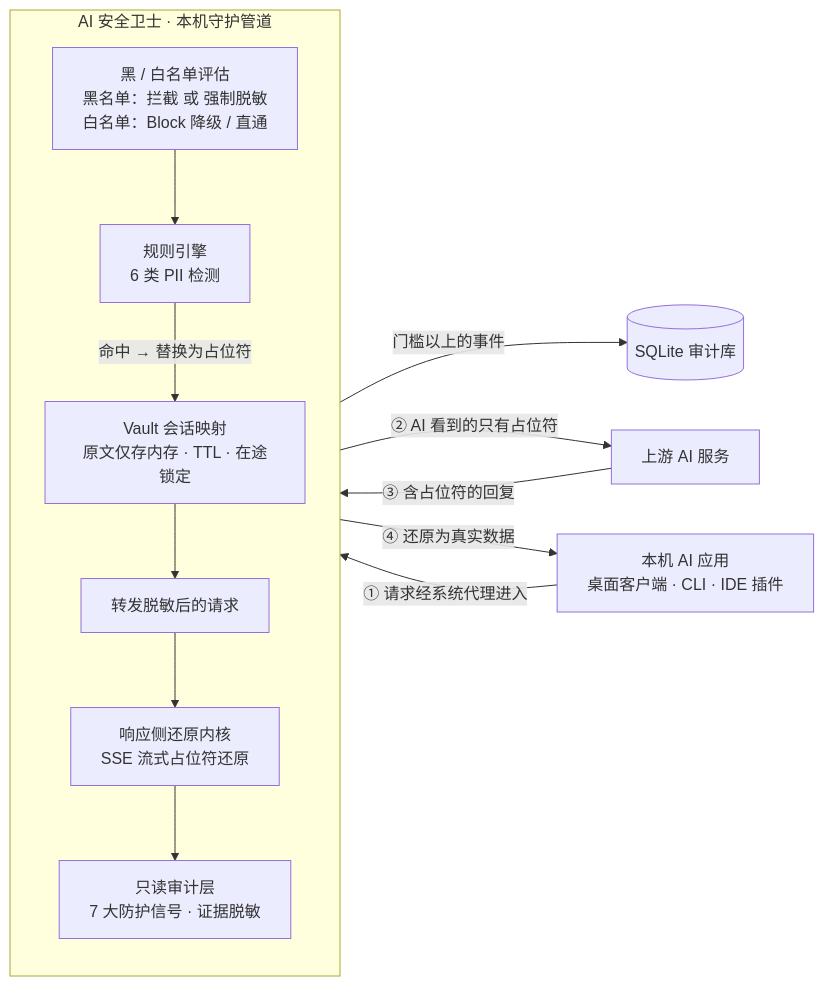
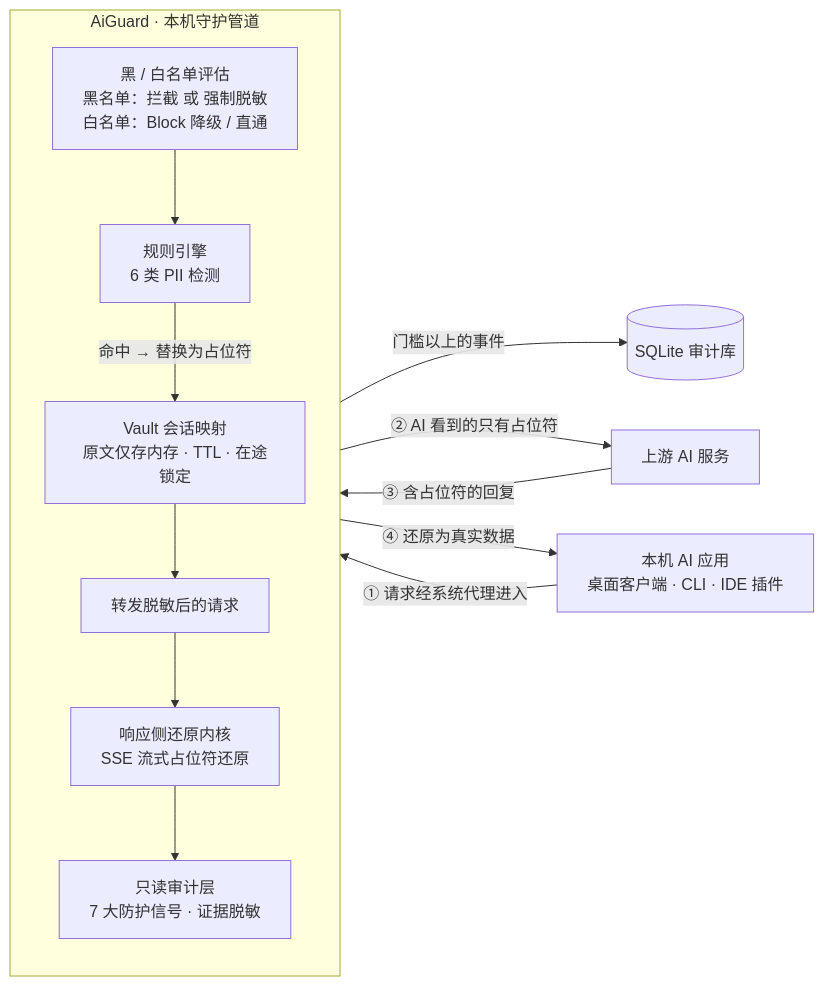
Before and after one commit to Technicalflight/AiGuard: the diagram in README.md, drawn with Mermaid. The commit also changed other lines of this file and 16 other files, not shown here.

````diff
--- a/README.md
+++ b/README.md
@@ -119,18 +127,18 @@
 ```mermaid
 flowchart LR
     A["本机 AI 应用<br/>桌面客户端 · CLI · IDE 插件"] -->|"① 请求经系统代理进入"| P
 
-    subgraph P["AI 安全卫士 · 本机守护管道"]
+    subgraph P["AiGuard · 本机守护管道"]
         direction TB
         B["黑 / 白名单评估<br/>黑名单：拦截 或 强制脱敏<br/>白名单：Block 降级 / 直通"] --> C["规则引擎<br/>6 类 PII 检测"]
         C -->|"命中 → 替换为占位符"| V["Vault 会话映射<br/>原文仅存内存 · TTL · 在途锁定"]
         V --> D["转发脱敏后的请求"]
         D --> E["响应侧还原内核<br/>SSE 流式占位符还原"]
         E --> F["只读审计层<br/>7 大防护信号 · 证据脱敏"]
     end
 
     P -->|"② AI 看到的只有占位符"| U["上游 AI 服务"]
     U -->|"③ 含占位符的回复"| E
     P -->|"④ 还原为真实数据"| A
     F -->|"门槛以上的事件"| DB[("SQLite 审计库")]
 ```
````
